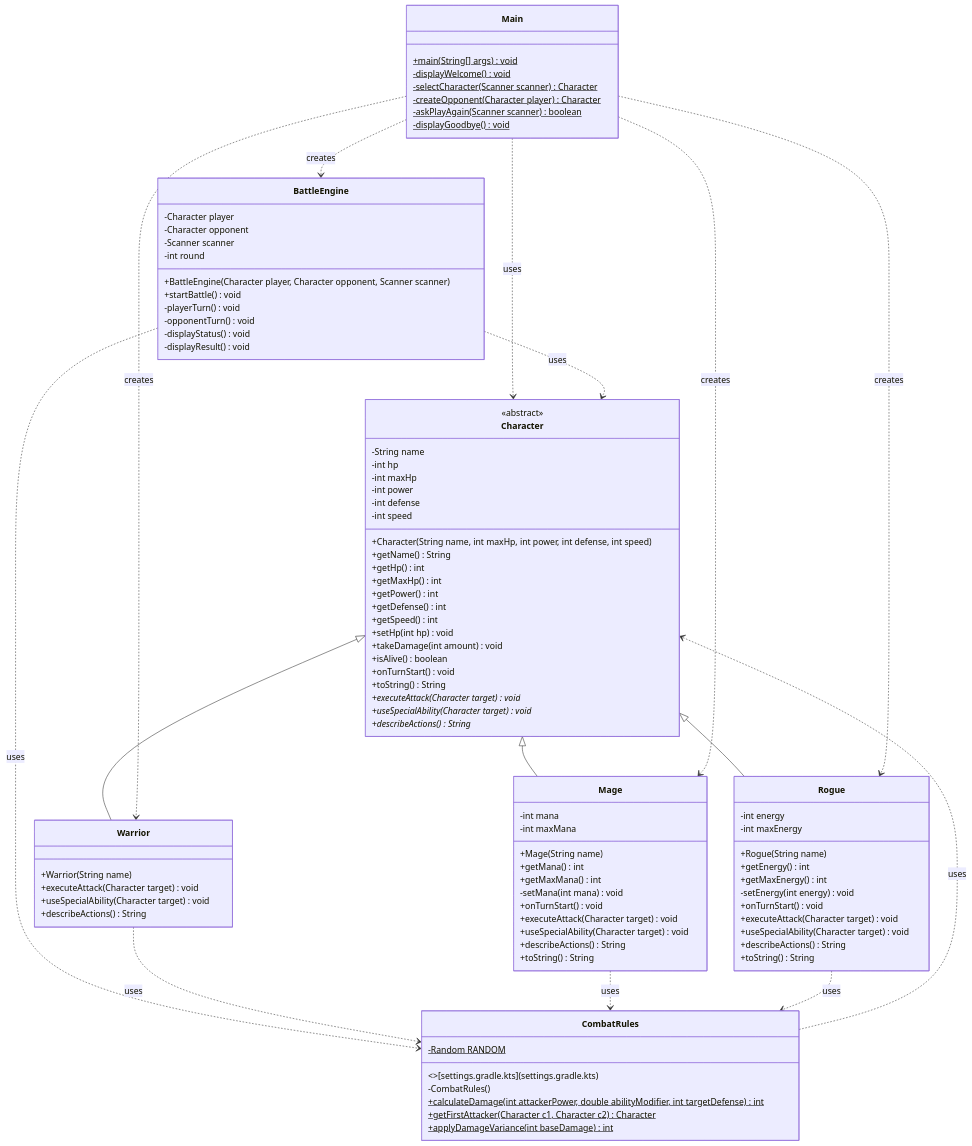
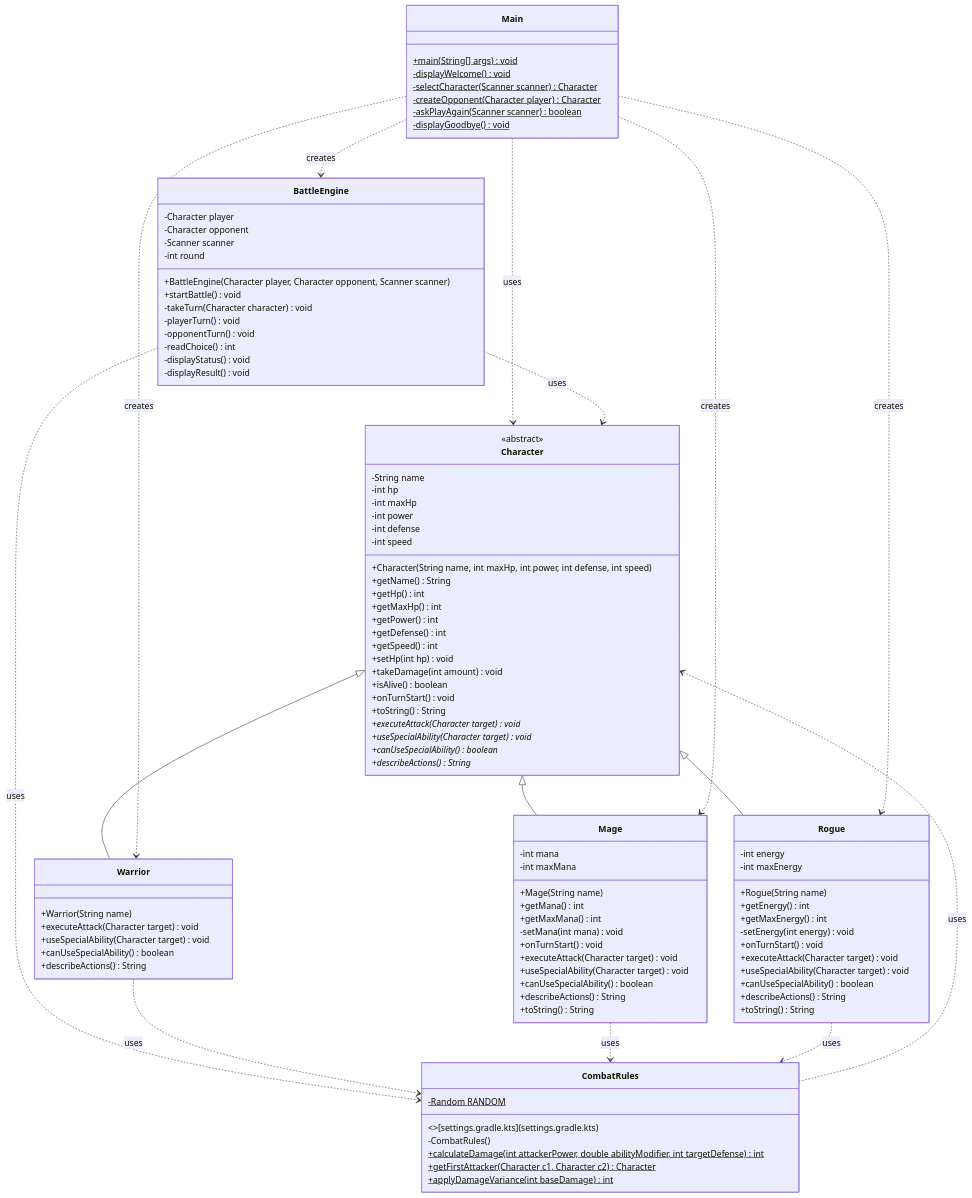
The diagram in README.md (Bilaljanir/JavaGame), drawn with Mermaid before and after one commit. The commit also changed 3 other files, not shown here.

```diff
--- a/README.md
+++ b/README.md
@@ -41,8 +41,10 @@
         -int round
         +BattleEngine(Character player, Character opponent, Scanner scanner)
         +startBattle() void
+        -takeTurn(Character character) void
         -playerTurn() void
         -opponentTurn() void
+        -readChoice() int
         -displayStatus() void
         -displayResult() void
     }
@@ -69,6 +71,7 @@
         +toString() String
         +executeAttack(Character target)* void
         +useSpecialAbility(Character target)* void
+        +canUseSpecialAbility()* boolean
         +describeActions()* String
     }
 
@@ -76,6 +79,7 @@
         +Warrior(String name)
         +executeAttack(Character target) void
         +useSpecialAbility(Character target) void
+        +canUseSpecialAbility() boolean
         +describeActions() String
     }
 
@@ -89,6 +93,7 @@
         +onTurnStart() void
         +executeAttack(Character target) void
         +useSpecialAbility(Character target) void
+        +canUseSpecialAbility() boolean
         +describeActions() String
         +toString() String
     }
@@ -103,6 +108,7 @@
         +onTurnStart() void
         +executeAttack(Character target) void
         +useSpecialAbility(Character target) void
+        +canUseSpecialAbility() boolean
         +describeActions() String
         +toString() String
     }
```
